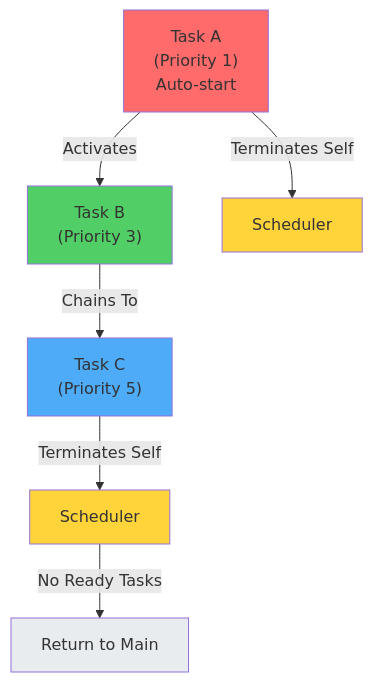
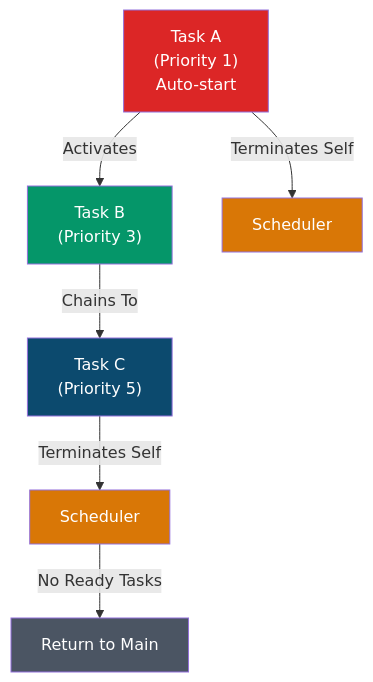
Before and after one commit to ivansigala/OSEK: the first of 7 diagrams in README.md, drawn with Mermaid. The commit also changed other lines of this file, not shown here.

````diff
--- a/README.md
+++ b/README.md
@@ -17,15 +17,15 @@
 ```mermaid
 graph TD
     A["Task A<br/>(Priority 1)<br/>Auto-start"] -->|Activates| B["Task B<br/>(Priority 3)"]
     A -->|Terminates Self| SCHED1["Scheduler"]
     B -->|Chains To| C["Task C<br/>(Priority 5)"]
     C -->|Terminates Self| SCHED2["Scheduler"]
     SCHED2 -->|No Ready Tasks| IDLE["Return to Main"]
     
-    style A fill:#ff6b6b
-    style B fill:#51cf66
-    style C fill:#4dabf7
-    style SCHED1 fill:#ffd43b
-    style SCHED2 fill:#ffd43b
-    style IDLE fill:#e9ecef
+    style A fill:#dc2626,color:#fff
+    style B fill:#059669,color:#fff
+    style C fill:#0c4a6e,color:#fff
+    style SCHED1 fill:#d97706,color:#fff
+    style SCHED2 fill:#d97706,color:#fff
+    style IDLE fill:#4b5563,color:#fff
 ```
````
